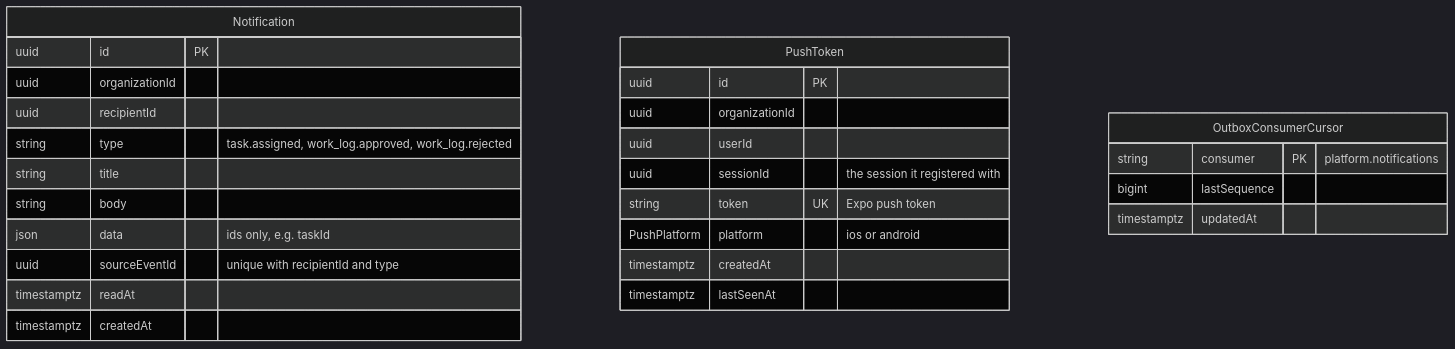
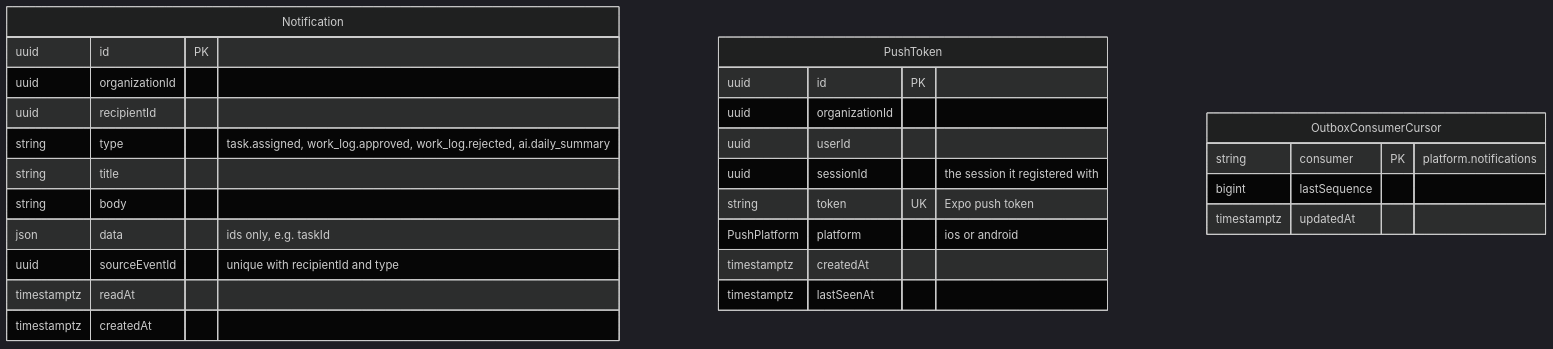
One commit to wesamalhroubuni-rgb/hz-operations-app changed the fourth of 6 diagrams in ARCHITECTURE.md. Above: the diagram before and after it, drawn with Mermaid (dark theme). The commit also changed other lines of this file and 177 other files, not shown here.

````diff
--- a/ARCHITECTURE.md
+++ b/ARCHITECTURE.md
@@ -455,30 +478,30 @@
 ```mermaid
 erDiagram
   Notification {
     uuid id PK
     uuid organizationId
     uuid recipientId
-    string type "task.assigned, work_log.approved, work_log.rejected"
+    string type "task.assigned, work_log.approved, work_log.rejected, ai.daily_summary"
     string title
     string body
     json data "ids only, e.g. taskId"
     uuid sourceEventId "unique with recipientId and type"
     timestamptz readAt
     timestamptz createdAt
   }
   PushToken {
     uuid id PK
     uuid organizationId
     uuid userId
     uuid sessionId "the session it registered with"
     string token UK "Expo push token"
     PushPlatform platform "ios or android"
     timestamptz createdAt
     timestamptz lastSeenAt
   }
   OutboxConsumerCursor {
     string consumer PK "platform.notifications"
     bigint lastSequence
     timestamptz updatedAt
   }
 ```
````
